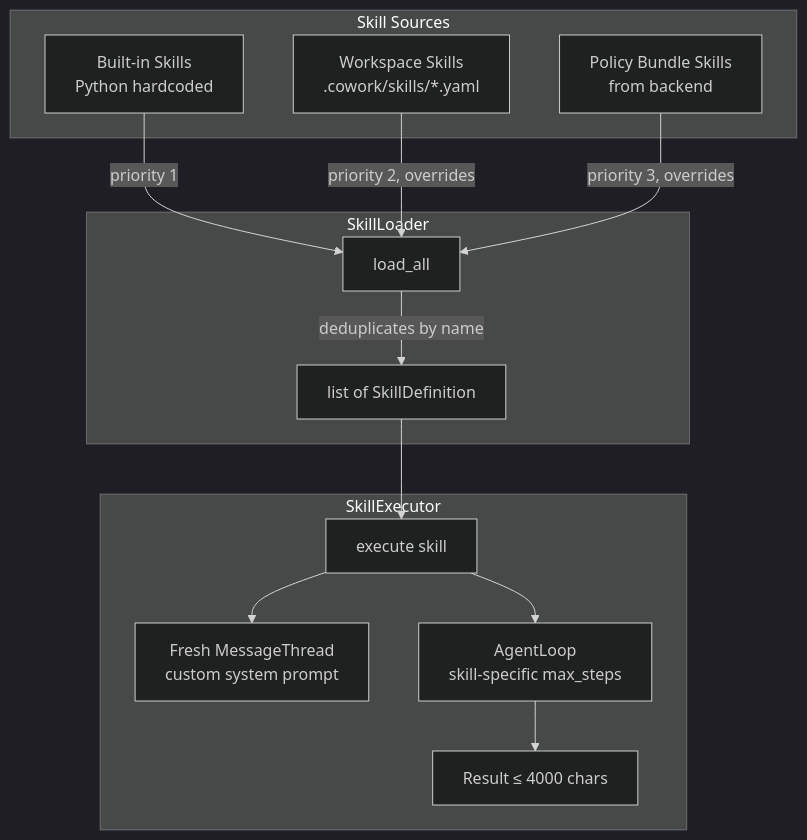
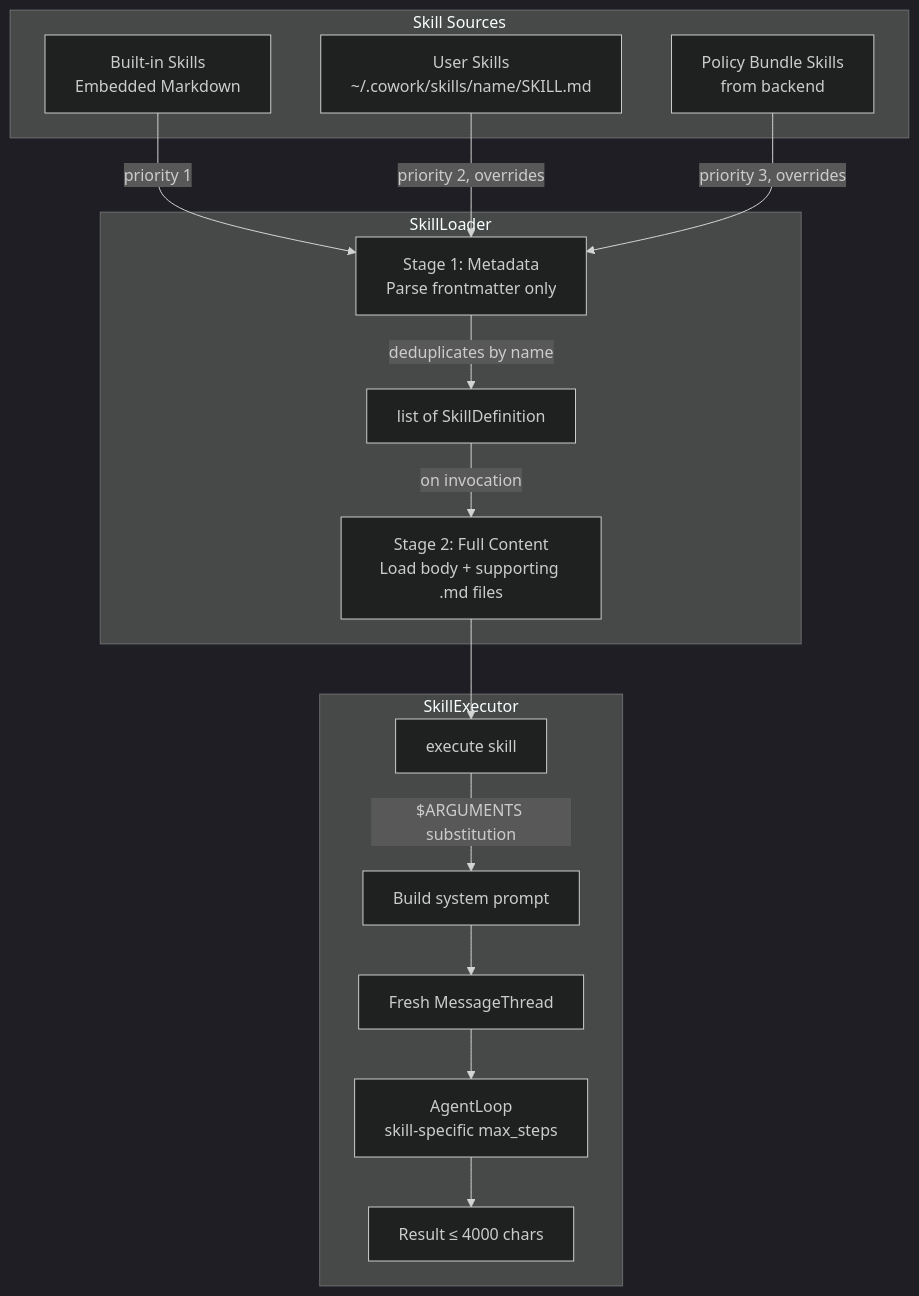
Diagram 12 of 20 in docs/agent-loop-architecture.md (suman724/cowork-agent-runtime), drawn with Mermaid (dark theme) before and after one commit. The commit also changed other lines of this file and 13 other files, not shown here.

First line of the commit message:
feat(agent-host): workspace dir per-task and tool type events (#20)

````diff
--- a/docs/agent-loop-architecture.md
+++ b/docs/agent-loop-architecture.md
@@ -678,24 +678,27 @@
 ```mermaid
 graph TD
     subgraph Skill Sources
-        Builtin[Built-in Skills<br/>Python hardcoded]
-        Workspace[Workspace Skills<br/>.cowork/skills/*.yaml]
+        Builtin[Built-in Skills<br/>Embedded Markdown]
+        User[User Skills<br/>~/.cowork/skills/name/SKILL.md]
         Policy[Policy Bundle Skills<br/>from backend]
     end
 
     subgraph SkillLoader
-        Load[load_all]
-        Builtin -->|priority 1| Load
-        Workspace -->|priority 2, overrides| Load
-        Policy -->|priority 3, overrides| Load
-        Load -->|deduplicates by name| Skills[list of SkillDefinition]
+        Stage1[Stage 1: Metadata<br/>Parse frontmatter only]
+        Stage2[Stage 2: Full Content<br/>Load body + supporting .md files]
+        Builtin -->|priority 1| Stage1
+        User -->|priority 2, overrides| Stage1
+        Policy -->|priority 3, overrides| Stage1
+        Stage1 -->|deduplicates by name| Skills[list of SkillDefinition]
+        Skills -->|on invocation| Stage2
     end
 
     subgraph SkillExecutor
         Exec[execute skill]
-        Skills --> Exec
-        Exec --> Thread[Fresh MessageThread<br/>custom system prompt]
-        Exec --> Loop[AgentLoop<br/>skill-specific max_steps]
+        Stage2 --> Exec
+        Exec -->|$ARGUMENTS substitution| Prompt[Build system prompt]
+        Prompt --> Thread[Fresh MessageThread]
+        Thread --> Loop[AgentLoop<br/>skill-specific max_steps]
         Loop --> Result[Result ≤ 4000 chars]
     end
 ```
````
